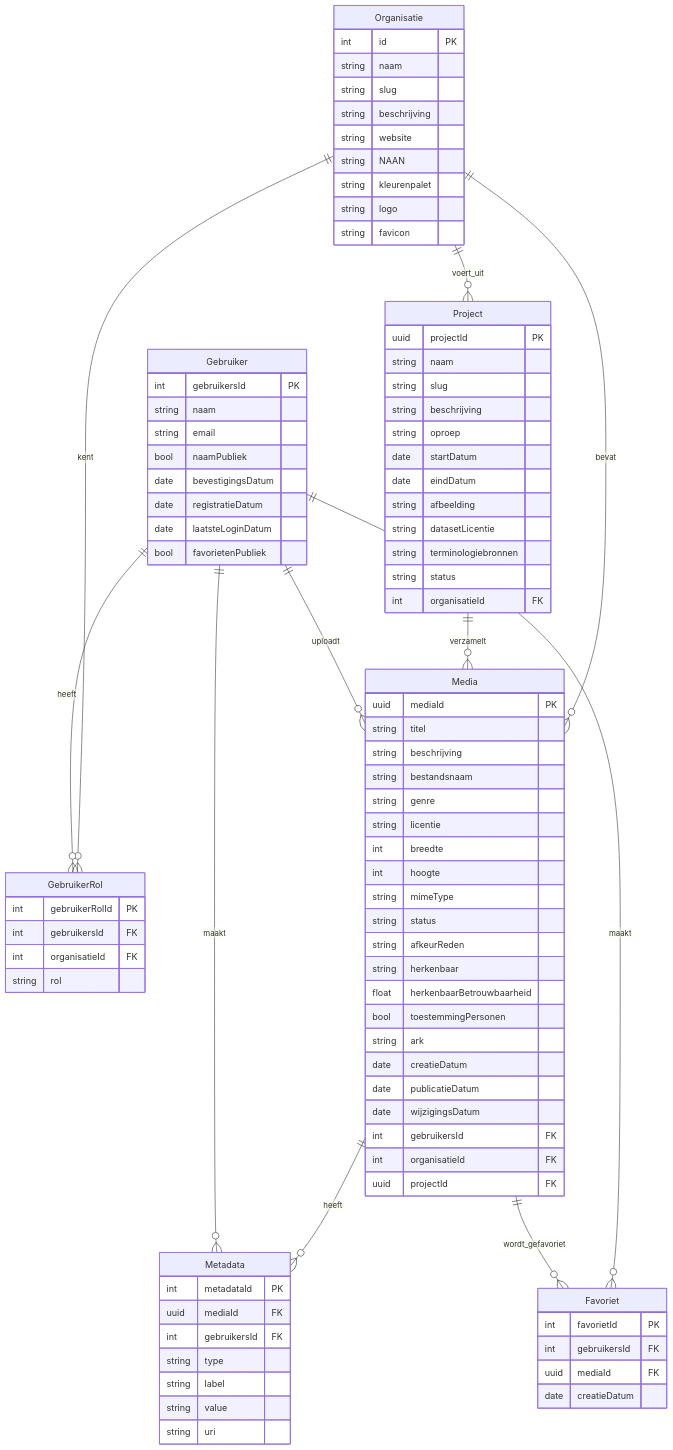
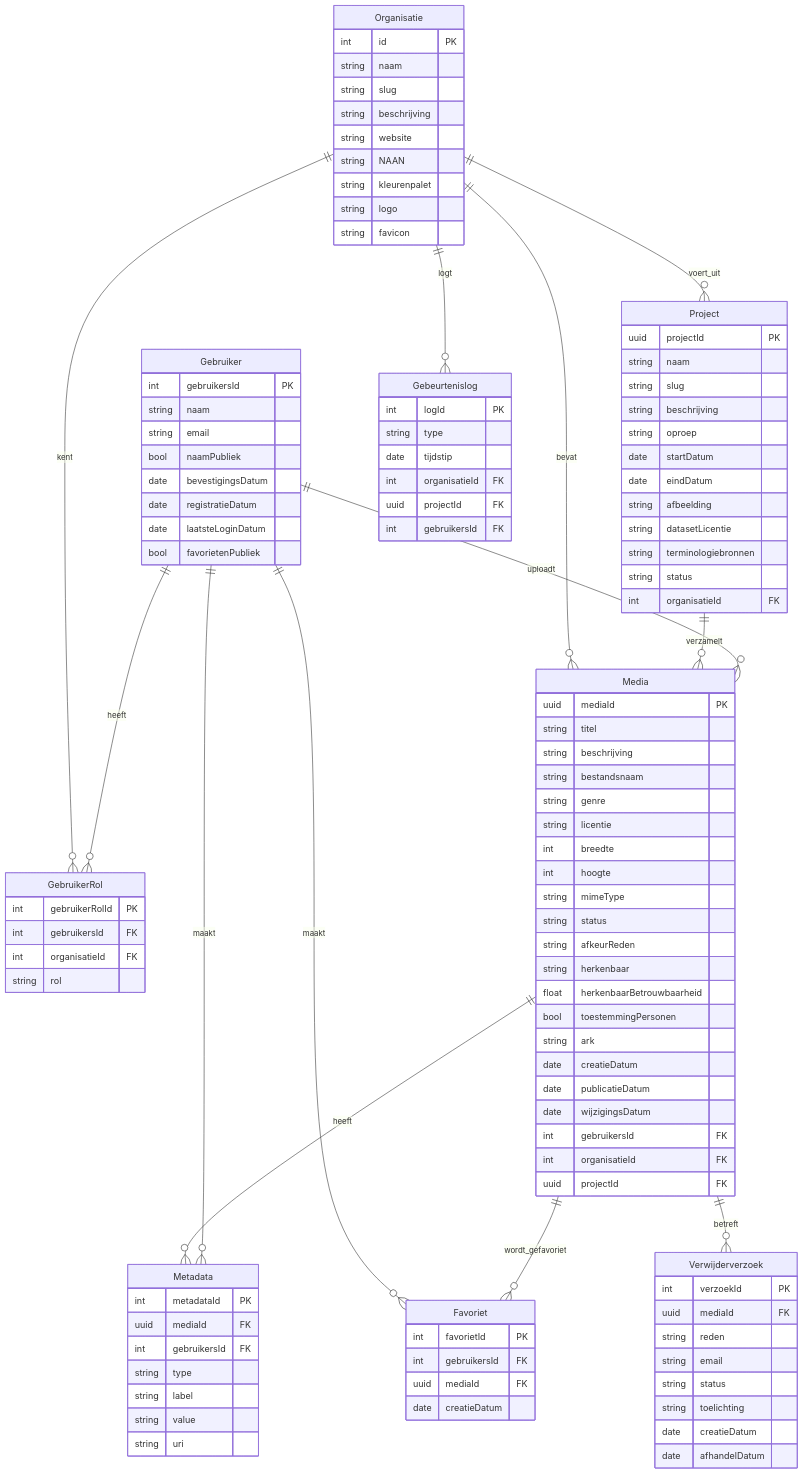
One commit to inside-out-time-machines/design changed the diagram in data-architectuur/erd.mermaid.md. Above: the diagram before and after it, drawn with Mermaid. The commit also changed 8 other files, not shown here.

First line of the commit message:
Gap-analyse vervolgacties: statusmachine, zoek-DSL, ERD-entiteiten, Authentik-autorisatie en realisatieplan

```diff
--- a/data-architectuur/erd.mermaid.md
+++ b/data-architectuur/erd.mermaid.md
@@ -89,6 +89,26 @@
     date creatieDatum
   }
 
+  Verwijderverzoek {
+    int verzoekId PK
+    uuid mediaId FK
+    string reden
+    string email
+    string status
+    string toelichting
+    date creatieDatum
+    date afhandelDatum
+  }
+
+  Gebeurtenislog {
+    int logId PK
+    string type
+    date tijdstip
+    int organisatieId FK
+    uuid projectId FK
+    int gebruikersId FK
+  }
+
   %% Project: campagne op organisatieniveau (bijv. "Smaak van Gouda"), beheerd door de
   %% organisatiebeheerder. Elke organisatie heeft minstens een project; elke jottem hoort
   %% bij precies een project (Media.projectId verplicht). Project.status: actief / afgerond.
@@ -99,8 +119,16 @@
   %% id's (gebruikersId e.d.) blijven interne sleutels.
   %% Rollen: een gebruiker kan meerdere rollen hebben, per organisatie (GebruikerRol);
   %% de rol platformbeheerder heeft geen organisatieId. Lidmaatschap van een organisatie
-  %% volgt uit de GebruikerRol-rijen.
-  %% Media.status: nieuw / goedgekeurd / afgekeurd; afkeurReden alleen bij afgekeurd.
+  %% volgt uit de GebruikerRol-rijen. GebruikerRol is de LEIDENDE bron voor autorisatie;
+  %% de IdP (Authentik) doet uitsluitend authenticatie (koppeling via sub-claim).
+  %% Media.status: nieuw / goedgekeurd / afgekeurd / gedepubliceerd; afkeurReden alleen bij
+  %% afgekeurd. Afgekeurde jottems kunnen door de uploader worden bijgewerkt en opnieuw
+  %% ingediend (terug naar nieuw); gedepubliceerd volgt uit een gehonoreerd verwijderverzoek
+  %% (tombstone op de duurzame URL, schoning van alle outputs).
+  %% Verwijderverzoek.status: open / gehonoreerd / afgewezen.
+  %% Gebeurtenislog: bron voor statistieken (type: login, upload, goedkeuring, afkeuring,
+  %% annotatie, ...); persoonsgebonden regels worden na een bewaartermijn geaggregeerd of
+  %% geanonimiseerd (AVG).
   %% Media.herkenbaar (ja/nee) + herkenbaarBetrouwbaarheid: resultaat van de Herkenbaar API
   %% bij upload (paradata, geen gebruikersmetadata); toestemmingPersonen: verklaring van de
   %% uploader dat toestemming van herkenbare personen is geregeld.
@@ -130,5 +158,8 @@
   Gebruiker ||--o{ Favoriet : "maakt"
   Media ||--o{ Favoriet : "wordt_gefavoriet"
 
+  Media ||--o{ Verwijderverzoek : "betreft"
+  Organisatie ||--o{ Gebeurtenislog : "logt"
+
   Gebruiker ||--o{ Metadata : "maakt"
 </pre>
```
